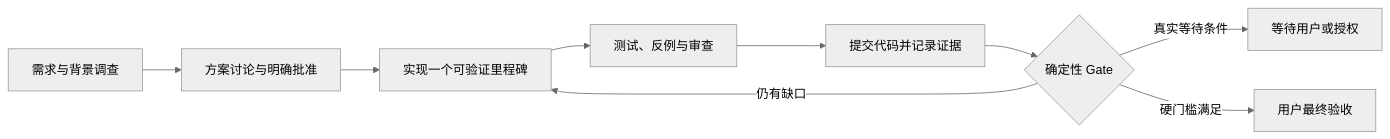
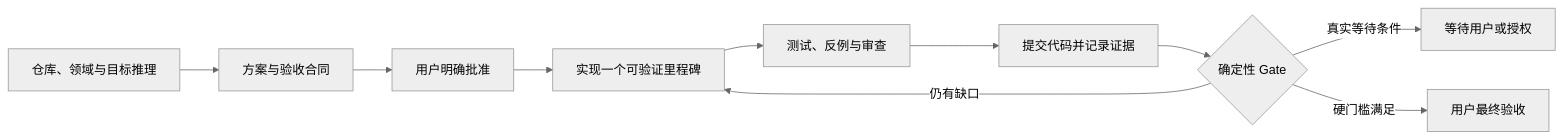
One commit to sd007/longtask-harness changed the diagram in README.md. Above: the diagram before and after it, drawn with Mermaid (neutral theme). The commit also changed other lines of this file and 15 other files, not shown here.

````diff
--- a/README.md
+++ b/README.md
@@ -12,11 +12,12 @@
 ```mermaid
 flowchart LR
-    A["需求与背景调查"] --> B["方案讨论与明确批准"]
-    B --> C["实现一个可验证里程碑"]
+    A["仓库、领域与目标推理"] --> B["方案与验收合同"]
+    B --> C0["用户明确批准"]
+    C0 --> C["实现一个可验证里程碑"]
     C --> D["测试、反例与审查"]
     D --> E["提交代码并记录证据"]
     E --> F{"确定性 Gate"}
     F -->|"仍有缺口"| C
     F -->|"真实等待条件"| G["等待用户或授权"]
     F -->|"硬门槛满足"| H["用户最终验收"]
 ```
````
